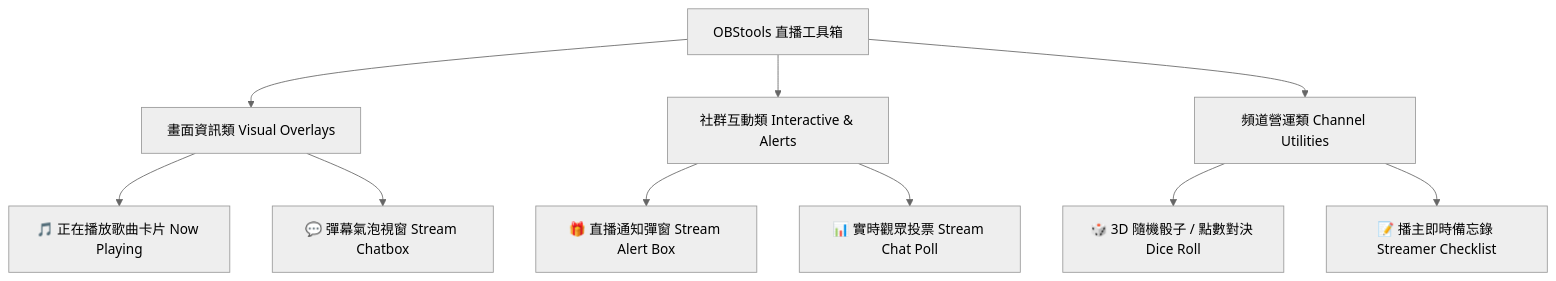
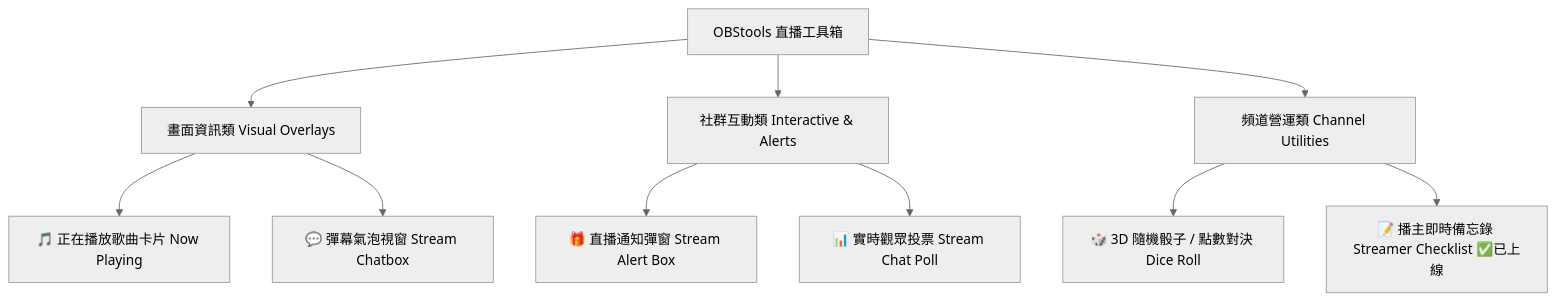
Before and after one commit to unkoalatw/livetools: the diagram in PROPOSAL.md, drawn with Mermaid (neutral theme). The commit also changed other lines of this file, not shown here.

Commit message:
docs: expand proposal specification with detailed architectural design and roadmap (PROPOSAL.md)

````diff
--- a/PROPOSAL.md
+++ b/PROPOSAL.md
@@ -16,15 +25,15 @@
 ```mermaid
 graph TD
     A[OBStools 直播工具箱] --> B[畫面資訊類 Visual Overlays]
     A --> C[社群互動類 Interactive & Alerts]
     A --> D[頻道營運類 Channel Utilities]
 
     B --> B1[🎵 正在播放歌曲卡片 Now Playing]
     B --> B2[💬 彈幕氣泡視窗 Stream Chatbox]
 
     C --> C1[🎁 直播通知彈窗 Stream Alert Box]
     C --> C2[📊 實時觀眾投票 Stream Chat Poll]
 
     D --> D1[🎲 3D 隨機骰子 / 點數對決 Dice Roll]
-    D --> D2[📝 播主即時備忘錄 Streamer Checklist]
+    D --> D2[📝 播主即時備忘錄 Streamer Checklist ✅已上線]
 ```
````
